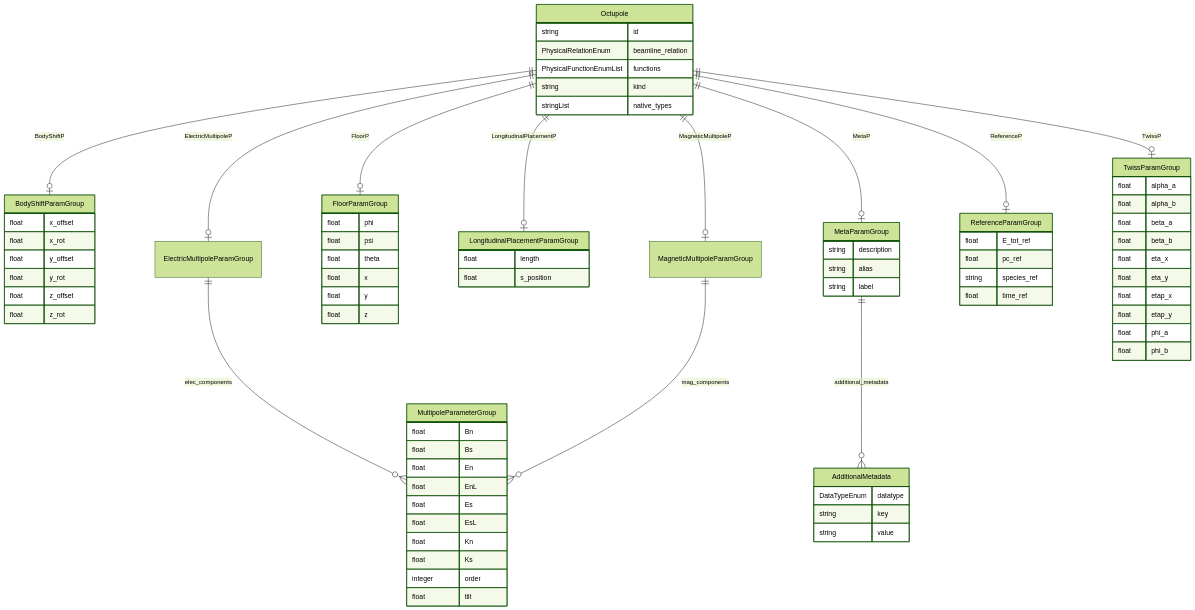
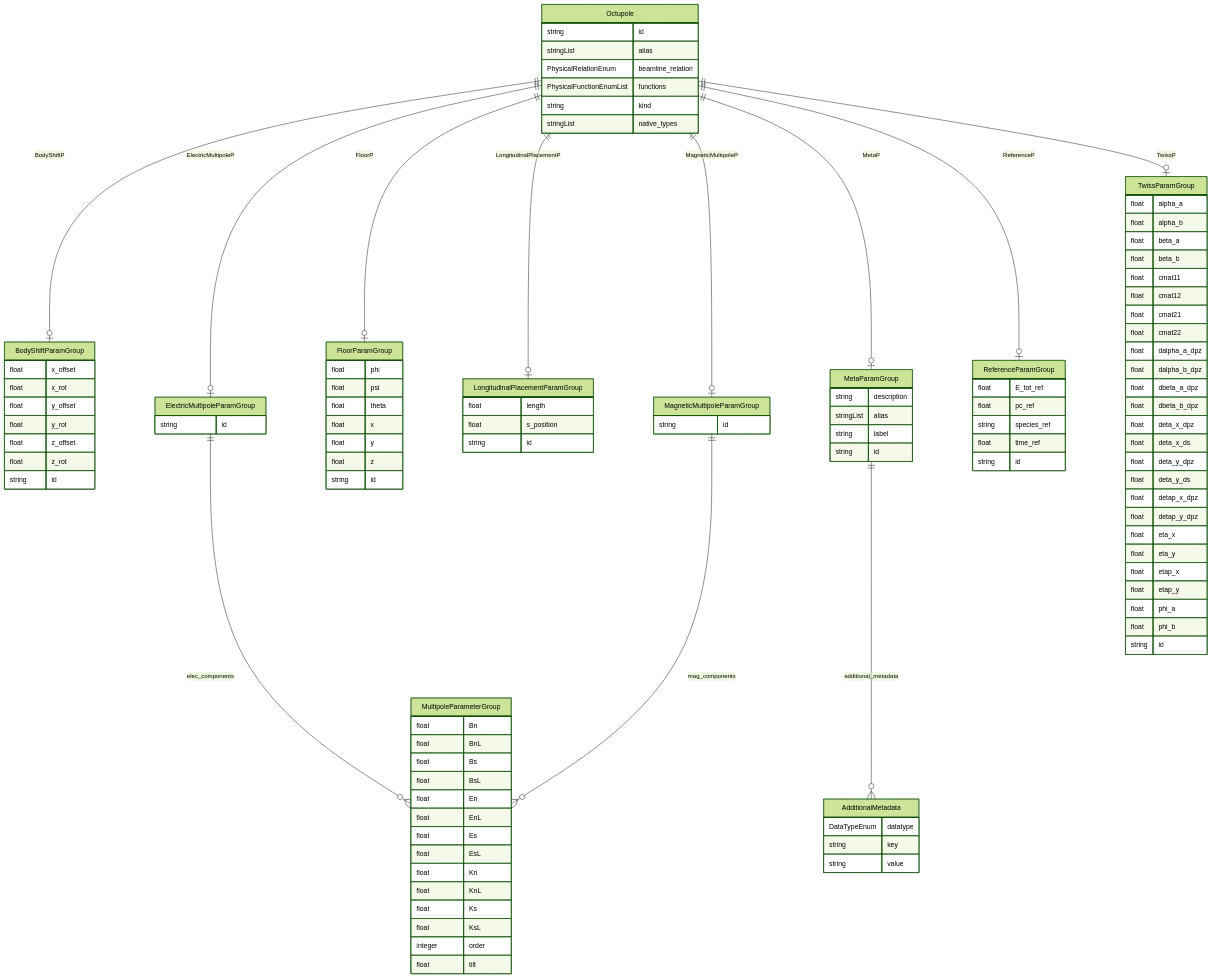
The diagram in docs/elements/classes/Octupole.md (pals-project/pals-facility-config), drawn with Mermaid (forest theme) before and after one commit. The commit also changed other lines of this file and 499 other files, not shown here.

```diff
--- a/docs/elements/classes/Octupole.md
+++ b/docs/elements/classes/Octupole.md
@@ -28,9 +28,10 @@
     float y_rot  
     float z_offset  
     float z_rot  
+    string id  
 }
 ElectricMultipoleParamGroup {
-
+    string id  
 }
 FloorParamGroup {
     float phi  
@@ -39,33 +40,41 @@
     float x  
     float y  
     float z  
+    string id  
 }
 LongitudinalPlacementParamGroup {
     float length  
     float s_position  
+    string id  
 }
 MagneticMultipoleParamGroup {
-
+    string id  
 }
 MetaParamGroup {
     string description  
-    string alias  
+    stringList alias  
     string label  
+    string id  
 }
 MultipoleParameterGroup {
     float Bn  
+    float BnL  
     float Bs  
+    float BsL  
     float En  
     float EnL  
     float Es  
     float EsL  
     float Kn  
+    float KnL  
     float Ks  
+    float KsL  
     integer order  
     float tilt  
 }
 Octupole {
     string id  
+    stringList alias  
     PhysicalRelationEnum beamline_relation  
     PhysicalFunctionEnumList functions  
     string kind  
@@ -76,18 +85,34 @@
     float pc_ref  
     string species_ref  
     float time_ref  
+    string id  
 }
 TwissParamGroup {
     float alpha_a  
     float alpha_b  
     float beta_a  
     float beta_b  
+    float cmat11  
+    float cmat12  
+    float cmat21  
+    float cmat22  
+    float dalpha_a_dpz  
+    float dalpha_b_dpz  
+    float dbeta_a_dpz  
+    float dbeta_b_dpz  
+    float deta_x_dpz  
+    float deta_x_ds  
+    float deta_y_dpz  
+    float deta_y_ds  
+    float detap_x_dpz  
+    float detap_y_dpz  
     float eta_x  
     float eta_y  
     float etap_x  
     float etap_y  
     float phi_a  
     float phi_b  
+    string id  
 }
 
 ElectricMultipoleParamGroup ||--}o MultipoleParameterGroup : "elec_components"
```
